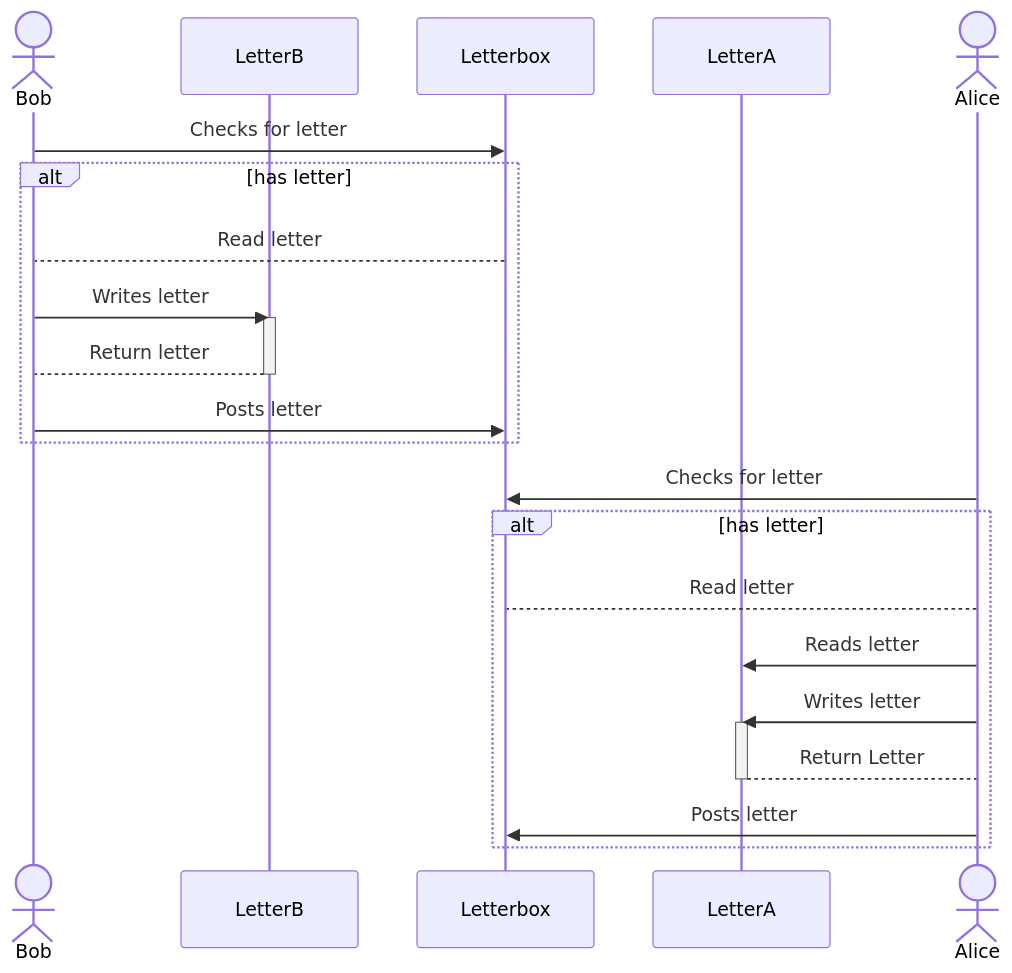
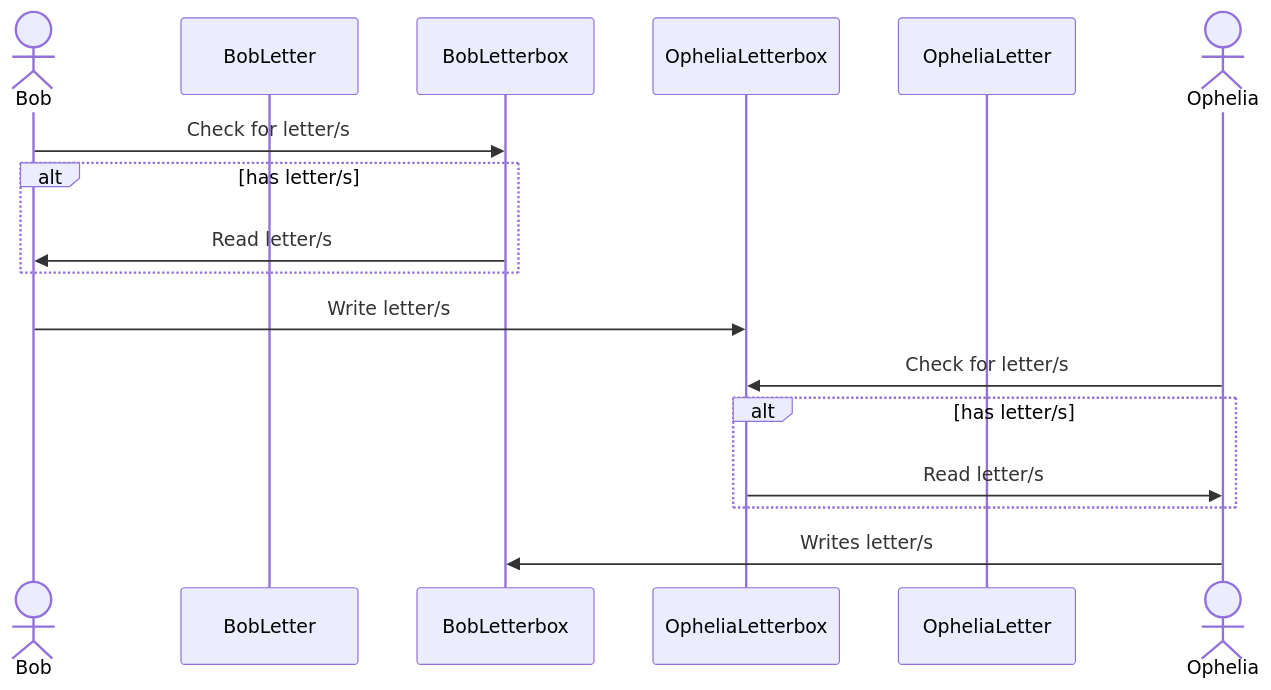
One commit to MightyMuso/Applied-Python-AT1 changed the second of 5 diagrams in uml.md. Above: the diagram before and after it, drawn with Mermaid. The commit also changed other lines of this file and 5 other files, not shown here.

Commit message:
Updated test cases Consolidated post_letter() and write_letter()

````diff
--- a/uml.md
+++ b/uml.md
@@ -25,28 +28,20 @@
 ``` mermaid
 sequenceDiagram
     actor Bob
-    participant LetterB
-    participant Letterbox
-    participant LetterA
-    actor Alice
+    participant BobLetter
+    participant BobLetterbox
+    participant OpheliaLetterbox
+    participant OpheliaLetter
+    actor Ophelia
     
-    Bob ->> Letterbox: Checks for letter
-    alt has letter
-        Letterbox --> Bob: Read letter
-        Bob ->> LetterB: Writes letter
-        activate LetterB
-        LetterB --> Bob: Return letter
-        deactivate LetterB
-        Bob ->> Letterbox: Posts letter
+    Bob ->> BobLetterbox: Check for letter/s
+    alt has letter/s
+    BobLetterbox ->> Bob: Read letter/s
     end
-    Alice ->> Letterbox: Checks for letter
-    alt has letter
-        Alice --> Letterbox: Read letter
-        Alice ->> LetterA: Reads letter
-        Alice ->> LetterA: Writes letter
-        activate LetterA
-        LetterA --> Alice: Return Letter
-        deactivate LetterA
-        Alice ->> Letterbox: Posts letter
-    end
+    Bob ->> OpheliaLetterbox: Write letter/s
+    Ophelia ->> OpheliaLetterbox: Check for letter/s
+    alt has letter/s
+        OpheliaLetterbox ->> Ophelia: Read letter/s
+        end
+    Ophelia ->> BobLetterbox: Writes letter/s
 ```
````
